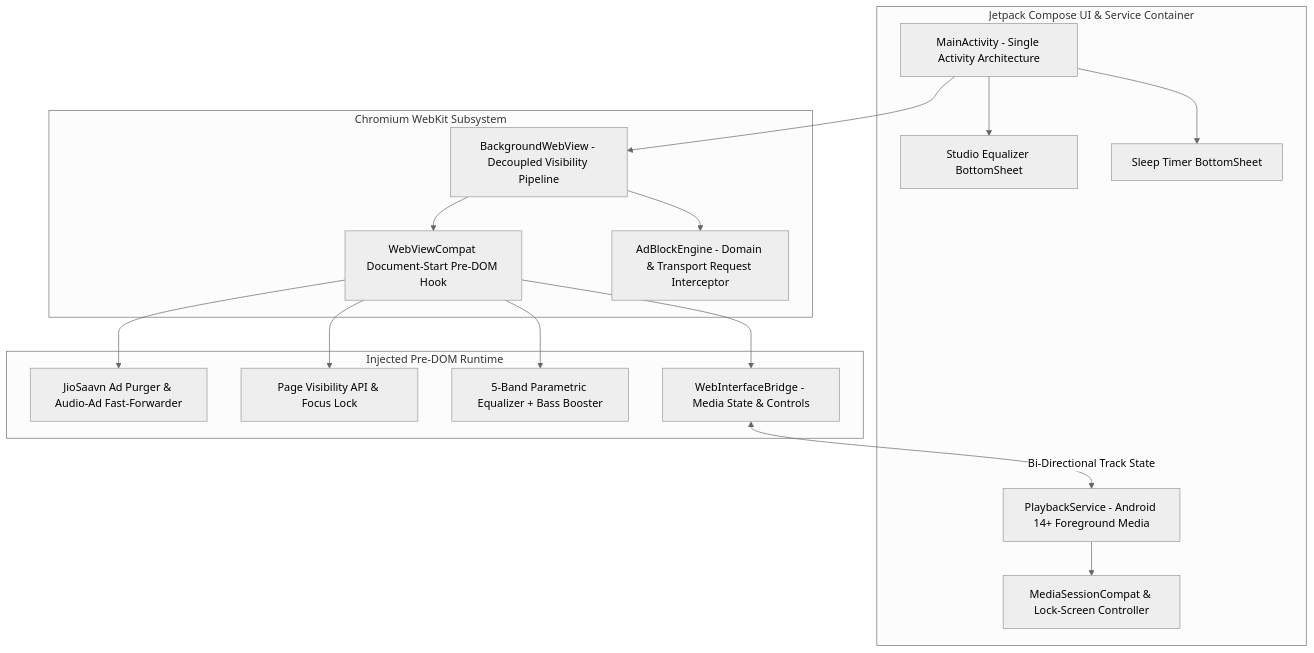
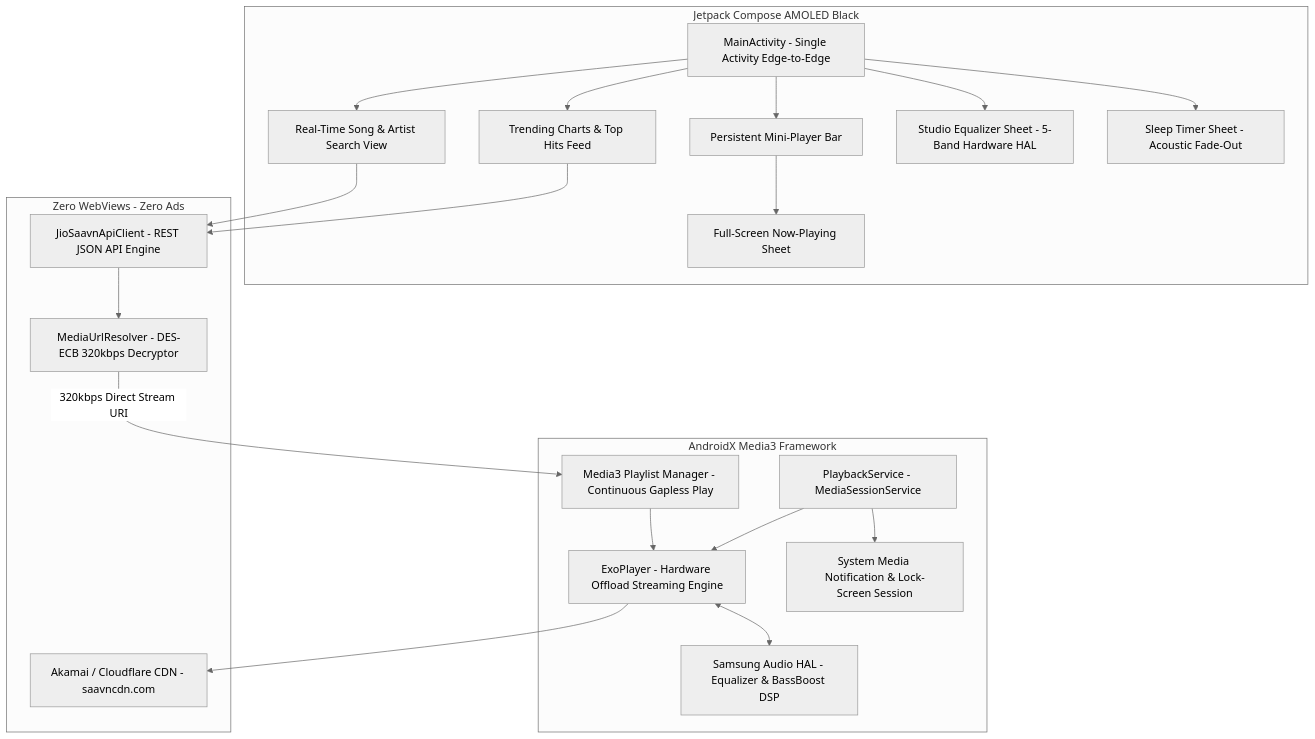
One commit to shibinantony/AI_Open_Music_POC changed the first of 2 diagrams in README.md. Above: the diagram before and after it, drawn with Mermaid (neutral theme). The commit also changed other lines of this file and 15 other files, not shown here.

Commit message:
Transform JSABMusic into 100% Pure Native AndroidX Media3 player with 320kbps CDN streaming (v2.0.0)

````diff
--- a/README.md
+++ b/README.md
@@ -32,35 +46,43 @@
 ```mermaid
 graph TB
-    subgraph Native Android Application Layer [Jetpack Compose UI & Service Container]
-        UI[MainActivity - Single Activity Architecture]
-        EQ_UI[Studio Equalizer BottomSheet]
-        TIMER_UI[Sleep Timer BottomSheet]
-        SVC[PlaybackService - Android 14+ Foreground Media]
-        MS[MediaSessionCompat & Lock-Screen Controller]
+    subgraph Native Presentation Layer [Jetpack Compose AMOLED Black]
+        MAIN[MainActivity - Single Activity Edge-to-Edge]
+        SEARCH[Real-Time Song & Artist Search View]
+        TRENDING[Trending Charts & Top Hits Feed]
+        MINI[Persistent Mini-Player Bar]
+        NOW_PLAYING[Full-Screen Now-Playing Sheet]
+        EQ_SHEET[Studio Equalizer Sheet - 5-Band Hardware HAL]
+        TIMER_SHEET[Sleep Timer Sheet - Acoustic Fade-Out]
     end
 
-    subgraph Hardened Web Engine [Chromium WebKit Subsystem]
-        BWV[BackgroundWebView - Decoupled Visibility Pipeline]
-        DOC_START[WebViewCompat Document-Start Pre-DOM Hook]
-        NET_INT[AdBlockEngine - Domain & Transport Request Interceptor]
+    subgraph Audio Engine & Service Layer [AndroidX Media3 Framework]
+        SVC[PlaybackService - MediaSessionService]
+        EXO[ExoPlayer - Hardware Offload Streaming Engine]
+        QUEUE[Media3 Playlist Manager - Continuous Gapless Play]
+        HAL_EQ[Samsung Audio HAL - Equalizer & BassBoost DSP]
+        NOTIF[System Media Notification & Lock-Screen Session]
     end
 
-    subgraph Shield & DSP Core [Injected Pre-DOM Runtime]
-        AD_PURGE[JioSaavn Ad Purger & Audio-Ad Fast-Forwarder]
-        VIS_HOOK[Page Visibility API & Focus Lock]
-        WEBAUDIO[5-Band Parametric Equalizer + Bass Booster]
-        BRIDGE[WebInterfaceBridge - Media State & Controls]
+    subgraph Direct Protocol & CDN Layer [Zero WebViews - Zero Ads]
+        API[JioSaavnApiClient - REST JSON API Engine]
+        DES[MediaUrlResolver - DES-ECB 320kbps Decryptor]
+        CDN[Akamai / Cloudflare CDN - saavncdn.com]
     end
 
-    UI --> BWV
-    UI --> EQ_UI
-    UI --> TIMER_UI
-    BWV --> DOC_START
-    BWV --> NET_INT
-    DOC_START --> AD_PURGE
-    DOC_START --> VIS_HOOK
-    DOC_START --> WEBAUDIO
-    DOC_START --> BRIDGE
-    BRIDGE <-->|Bi-Directional Track State| SVC
-    SVC --> MS
+    MAIN --> SEARCH
+    MAIN --> TRENDING
+    MAIN --> MINI
+    MINI --> NOW_PLAYING
+    MAIN --> EQ_SHEET
+    MAIN --> TIMER_SHEET
+
+    SEARCH --> API
+    TRENDING --> API
+    API --> DES
+    DES -->|320kbps Direct Stream URI| QUEUE
+    QUEUE --> EXO
+    EXO --> CDN
+    EXO <--> HAL_EQ
+    SVC --> EXO
+    SVC --> NOTIF
 ```
````
